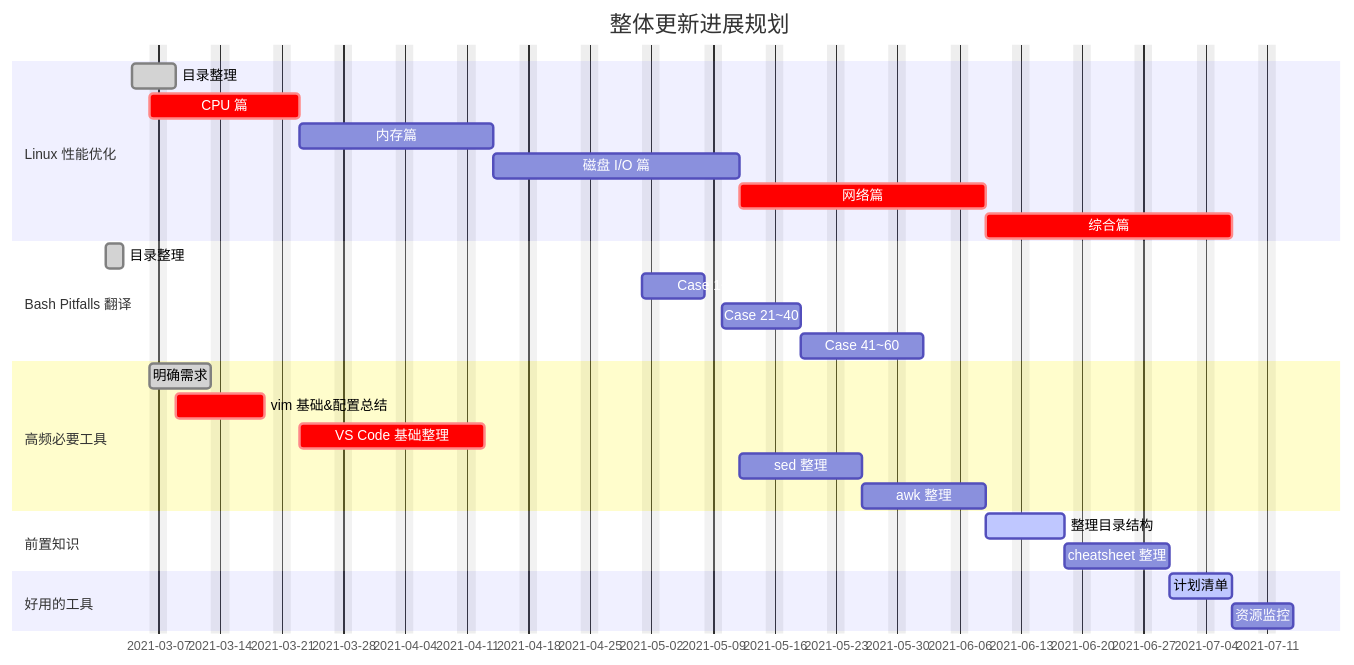
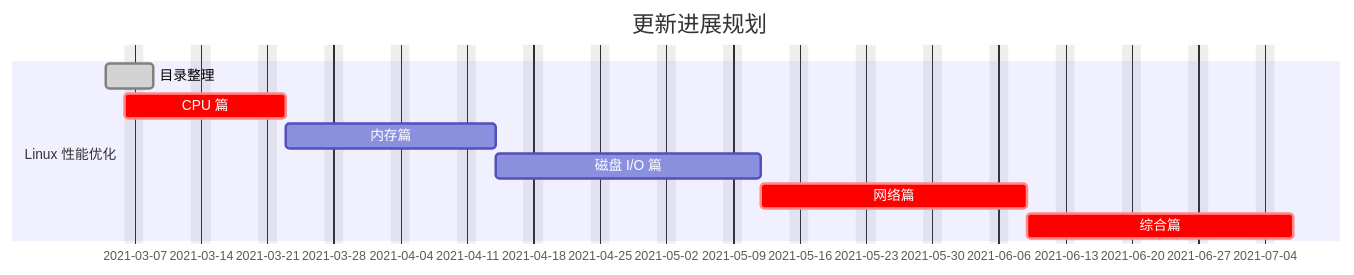
Before and after one commit to baiyongan/practical-linux-skills: the second of 4 diagrams in docs/TODOLIST.md, drawn with Mermaid. The commit also changed other lines of this file and 5 other files, not shown here.

````diff
--- a/docs/TODOLIST.md
+++ b/docs/TODOLIST.md
@@ -15,36 +27,15 @@
 ```mermaid
 gantt
     dateFormat  YYYY-MM-DD
-    title       整体更新进展规划
+    title       更新进展规划
     excludes    weekends
     %% (`excludes` accepts specific dates in YYYY-MM-DD format, days of the week ("sunday") or "weekends", but not the word "weekdays".)
 
     section Linux 性能优化
     目录整理                             : done,          task_1, 2021-03-04, 3d
     CPU 篇                               : crit,         task_2, 2021-03-06, 12d
     内存篇                               :                task_3, after task_2, 16d
     磁盘 I/O 篇                          :                task_4, after task_3, 20d
     网络篇                               : crit,          task_5, after task_4, 20d
     综合篇                               : crit,          task_6, after task_5, 20d
-
-    section Bash Pitfalls 翻译
-    目录整理                             : done,           tmp_1, 2021-03-01, 2d
-    Case 1~20                           :                 tmp_2, 2021-05-01, 6d
-    Case 21~40                          :                 tmp_3, after tmp_2, 7d
-    Case 41~60                          :                 tmp_4, after tmp_3, 10d
-
-    section 高频必要工具
-    明确需求                             : done,         tmp_9, 2021-03-06, 6d
-    vim 基础&配置总结                     : crit,           tmp_10, after task_1, 8d
-    VS Code 基础整理                     : crit,           tmp_11, after task_2, 15d
-    sed 整理                             :                 tmp_11, after task_4, 10d
-    awk 整理                             :                 tmp_12, after tmp_11, 10d
-
-    section 前置知识
-    整理目录结构                          : active,         tmp_13, after tmp_12, 7d
-    cheatsheet 整理                      :                 tmp_14, after tmp_13, 8d
-
-    section 好用的工具
-    计划清单                              : active,        tmp_15, after tmp_14, 5d
-    资源监控                              :               tmp_16, after tmp_15, 5d
 ```
````
